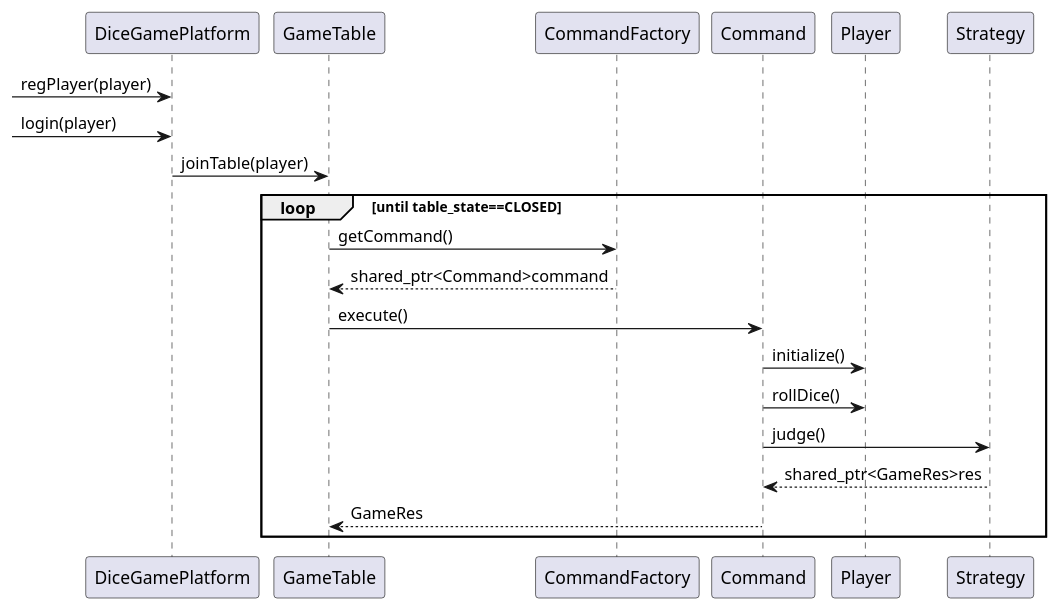
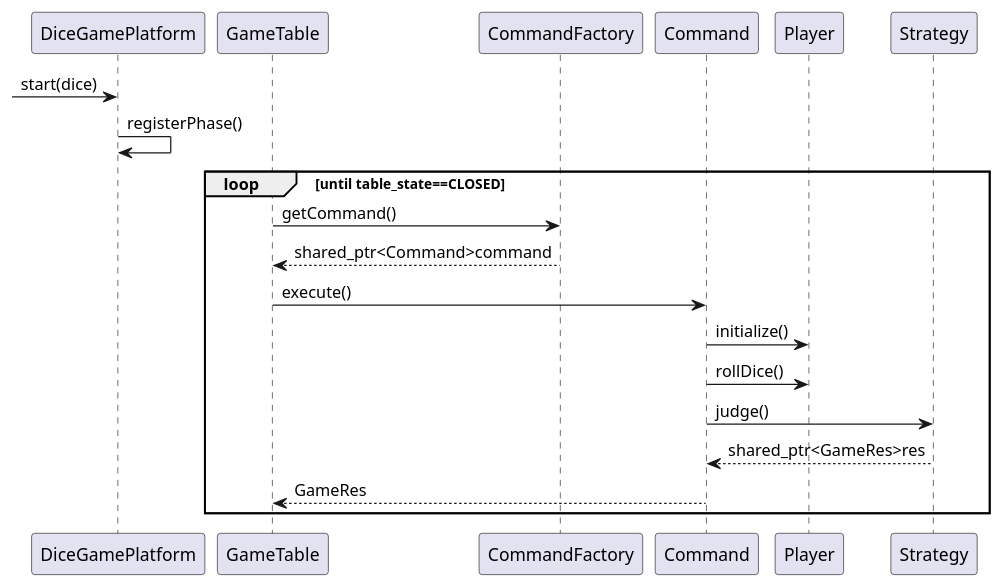
The diagram in sequence_diagram.md (CaucherWang/DiceGame), drawn with PlantUML before and after one commit. The commit also changed 17 other files, not shown here.

````diff
--- a/sequence_diagram.md
+++ b/sequence_diagram.md
@@ -1,17 +1,16 @@
 ```plantuml
 @startuml
-[->DiceGamePlatform:regPlayer(player)
-[->DiceGamePlatform:login(player)
-DiceGamePlatform->GameTable:joinTable(player)
+[->DiceGamePlatform:start(dice)
+DiceGamePlatform->DiceGamePlatform:registerPhase()
 loop until table_state==CLOSED
 GameTable->CommandFactory:getCommand()
 CommandFactory-->GameTable:shared_ptr<Command>command
 GameTable->Command:execute()
 Command->Player:initialize()
 Command->Player:rollDice()
 Command->Strategy:judge()
 Strategy-->Command:shared_ptr<GameRes>res
 Command-->GameTable:GameRes
 end
 @enduml
 ```
````
